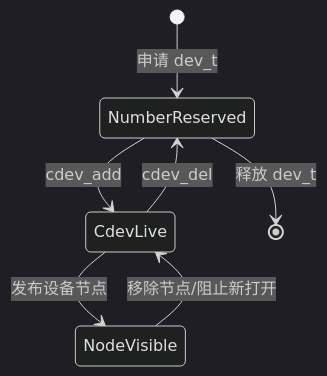
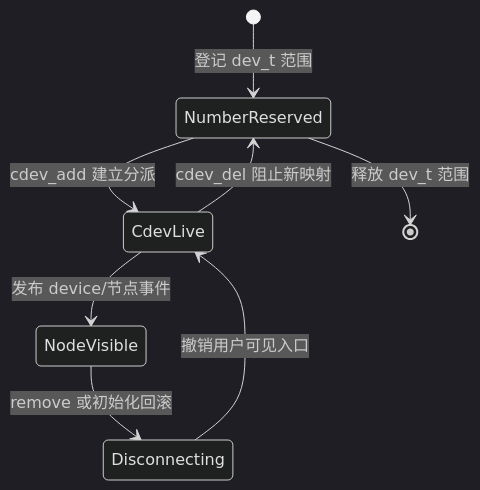
One commit to FormingSystem/linux_note changed the fifth of 5 diagrams in knowledge/driver_model/character_device/P01_字符设备最小模型.md. Above: the diagram before and after it, drawn with Mermaid (dark theme). The commit also changed other lines of this file and 41 other files, not shown here.

````diff
--- a/knowledge/driver_model/character_device/P01_字符设备最小模型.md
+++ b/knowledge/driver_model/character_device/P01_字符设备最小模型.md
@@ -86,9 +132,10 @@
 ```mermaid
 stateDiagram-v2
-    [*] --> NumberReserved: 申请 dev_t
-    NumberReserved --> CdevLive: cdev_add
-    CdevLive --> NodeVisible: 发布设备节点
-    NodeVisible --> CdevLive: 移除节点/阻止新打开
-    CdevLive --> NumberReserved: cdev_del
-    NumberReserved --> [*]: 释放 dev_t
+    [*] --> NumberReserved: 登记 dev_t 范围
+    NumberReserved --> CdevLive: cdev_add 建立分派
+    CdevLive --> NodeVisible: 发布 device/节点事件
+    NodeVisible --> Disconnecting: remove 或初始化回滚
+    Disconnecting --> CdevLive: 撤销用户可见入口
+    CdevLive --> NumberReserved: cdev_del 阻止新映射
+    NumberReserved --> [*]: 释放 dev_t 范围
 ```
````
